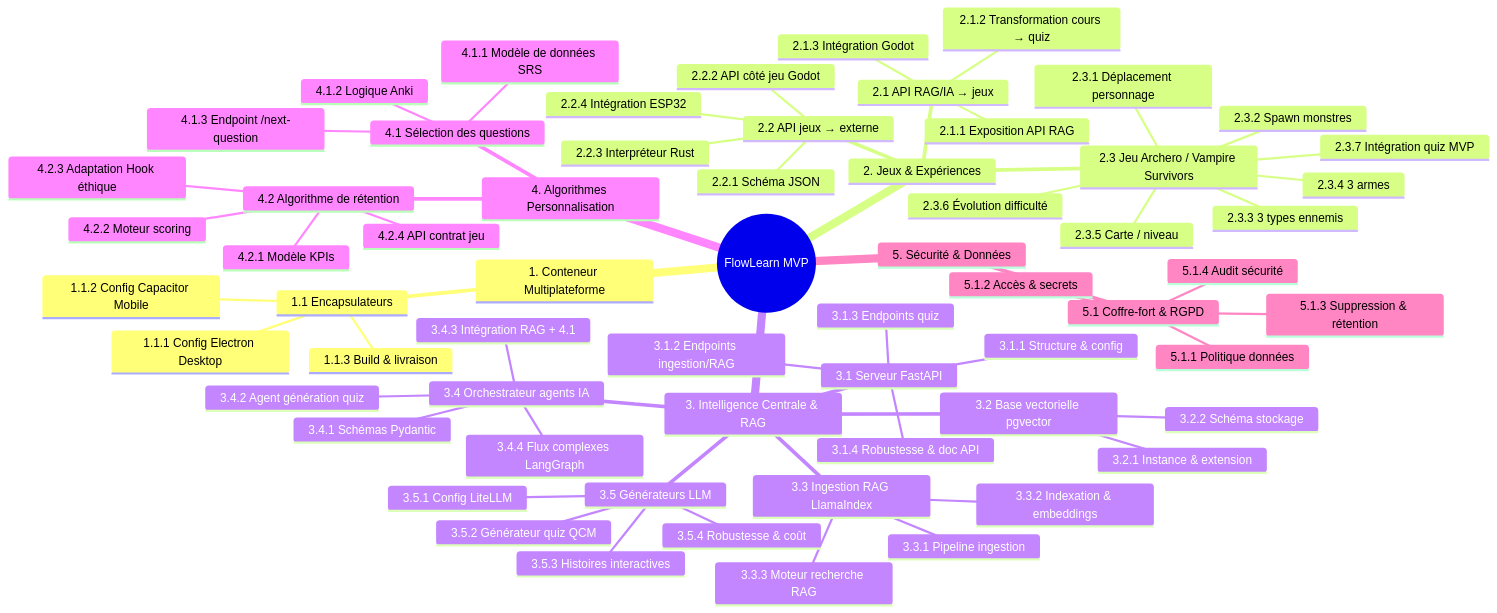
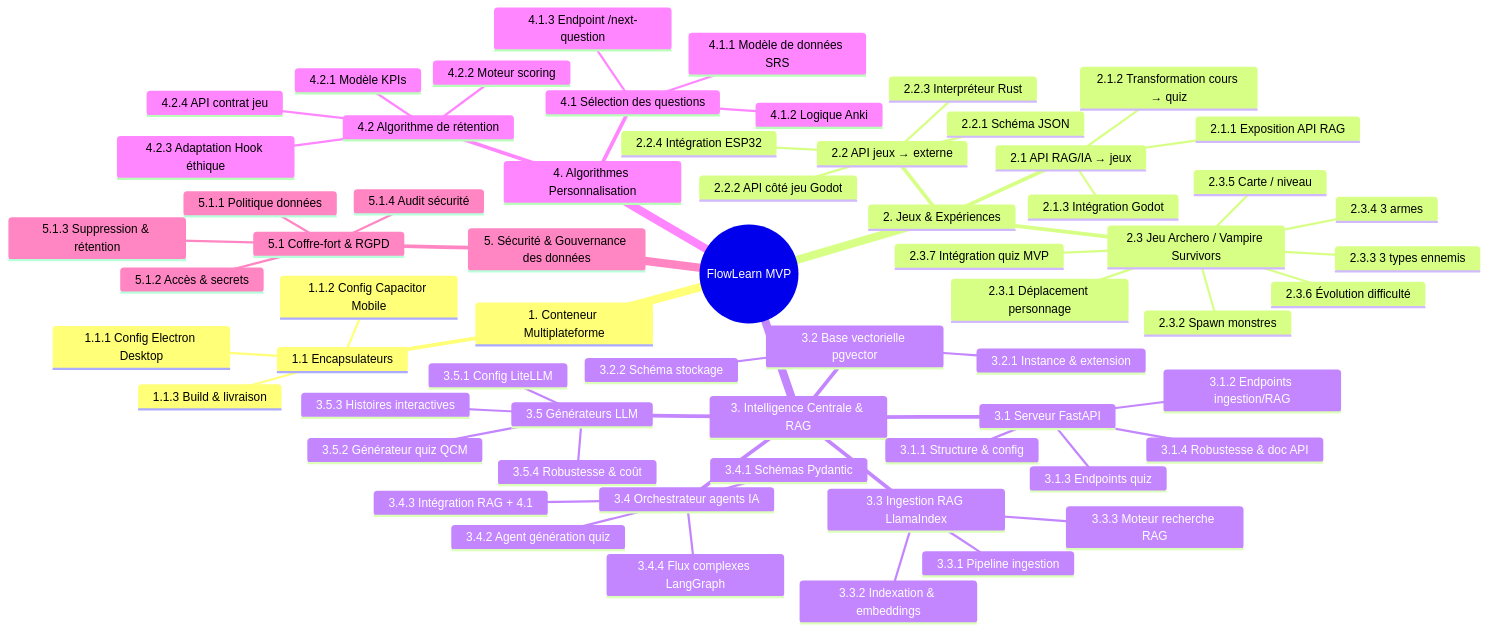
Before and after one commit to lucavdb06/flowlearn: the first of 3 diagrams in Projet/Document/3-a-revoir/mvp-pbs-dod/wbs/archives/schema-wbs-global.md, drawn with Mermaid. The commit also changed other lines of this file and 1 other file, not shown here.

Commit message:
refactor: replace Mermaid diagram with structured HTML layout for WBS, enhancing visual representation and styling

````diff
--- a/Projet/Document/3-a-revoir/mvp-pbs-dod/wbs/archives/schema-wbs-global.md
+++ b/Projet/Document/3-a-revoir/mvp-pbs-dod/wbs/archives/schema-wbs-global.md
@@ -27,66 +27,66 @@
 ```mermaid
 mindmap
   root((FlowLearn MVP))
     1. Conteneur Multiplateforme
       1.1 Encapsulateurs
         1.1.1 Config Electron Desktop
         1.1.2 Config Capacitor Mobile
         1.1.3 Build & livraison
     2. Jeux & Expériences
       2.1 API RAG/IA → jeux
         2.1.1 Exposition API RAG
         2.1.2 Transformation cours → quiz
         2.1.3 Intégration Godot
       2.2 API jeux → externe
         2.2.1 Schéma JSON
         2.2.2 API côté jeu Godot
         2.2.3 Interpréteur Rust
         2.2.4 Intégration ESP32
       2.3 Jeu Archero / Vampire Survivors
         2.3.1 Déplacement personnage
         2.3.2 Spawn monstres
         2.3.3 3 types ennemis
         2.3.4 3 armes
         2.3.5 Carte / niveau
         2.3.6 Évolution difficulté
         2.3.7 Intégration quiz MVP
     3. Intelligence Centrale & RAG
       3.1 Serveur FastAPI
         3.1.1 Structure & config
         3.1.2 Endpoints ingestion/RAG
         3.1.3 Endpoints quiz
         3.1.4 Robustesse & doc API
       3.2 Base vectorielle pgvector
         3.2.1 Instance & extension
         3.2.2 Schéma stockage
       3.3 Ingestion RAG LlamaIndex
         3.3.1 Pipeline ingestion
         3.3.2 Indexation & embeddings
         3.3.3 Moteur recherche RAG
       3.4 Orchestrateur agents IA
         3.4.1 Schémas Pydantic
         3.4.2 Agent génération quiz
         3.4.3 Intégration RAG + 4.1
         3.4.4 Flux complexes LangGraph
       3.5 Générateurs LLM
         3.5.1 Config LiteLLM
         3.5.2 Générateur quiz QCM
         3.5.3 Histoires interactives
         3.5.4 Robustesse & coût
     4. Algorithmes Personnalisation
       4.1 Sélection des questions
         4.1.1 Modèle de données SRS
         4.1.2 Logique Anki
         4.1.3 Endpoint /next-question
       4.2 Algorithme de rétention
         4.2.1 Modèle KPIs
         4.2.2 Moteur scoring
         4.2.3 Adaptation Hook éthique
         4.2.4 API contrat jeu
-    5. Sécurité & Données
+    5. Sécurité & Gouvernance des données
       5.1 Coffre-fort & RGPD
         5.1.1 Politique données
         5.1.2 Accès & secrets
         5.1.3 Suppression & rétention
         5.1.4 Audit sécurité
 ```
````
